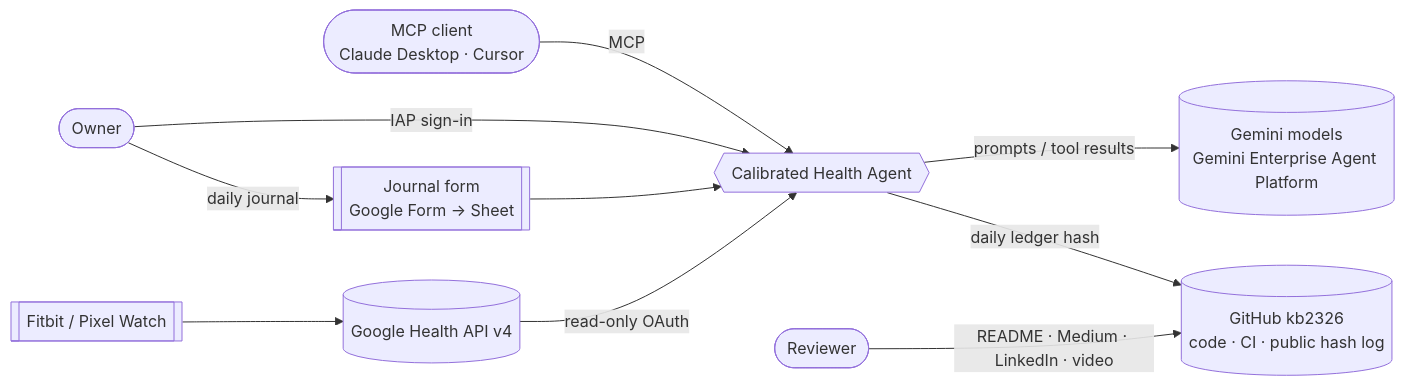
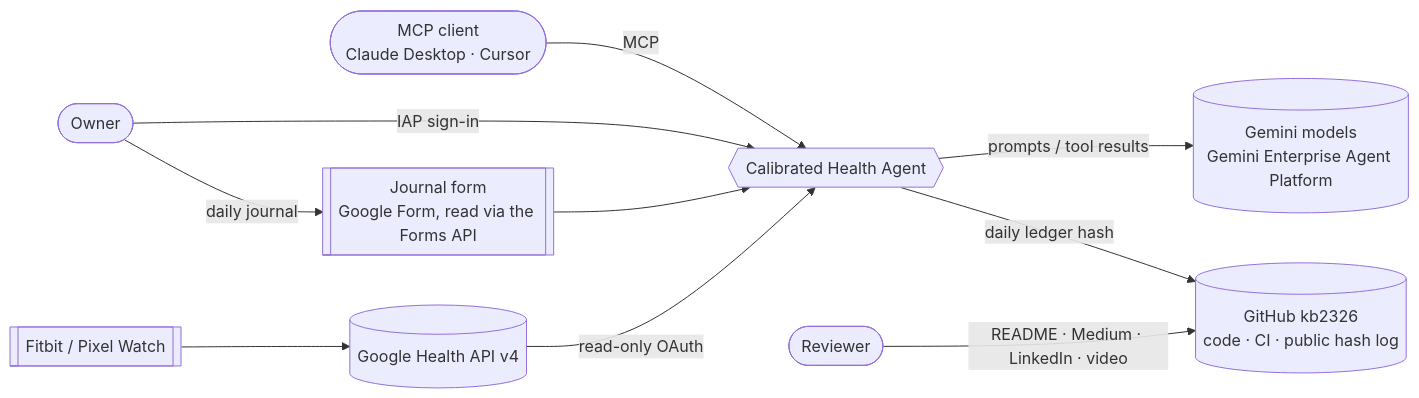
One commit to kb2326/calibrated-health-agent changed the first of 6 diagrams in docs/architecture.md. Above: the diagram before and after it, drawn with Mermaid. The commit also changed other lines of this file and 11 other files, not shown here.

Commit message:
feat(data): journal import from the Google Forms API

````diff
--- a/docs/architecture.md
+++ b/docs/architecture.md
@@ -42,21 +42,21 @@
 ```mermaid
 flowchart LR
   owner([Owner])
   reviewer([Reviewer])
   mcpc([MCP client<br/>Claude Desktop · Cursor])
   watch[[Fitbit / Pixel Watch]]
   ghapi[(Google Health API v4)]
-  form[[Journal form<br/>Google Form → Sheet]]
+  form[[Journal form<br/>Google Form, read via the Forms API]]
   gemini[(Gemini models<br/>Gemini Enterprise Agent Platform)]
   ks{{Calibrated Health Agent}}
   gh[(GitHub kb2326<br/>code · CI · public hash log)]
 
   watch --> ghapi
   ghapi -- read-only OAuth --> ks
   owner -- daily journal --> form --> ks
   owner -- IAP sign-in --> ks
   reviewer -- README · Medium · LinkedIn · video --> gh
   mcpc -- MCP --> ks
   ks -- prompts / tool results --> gemini
   ks -- daily ledger hash --> gh
 ```
````
